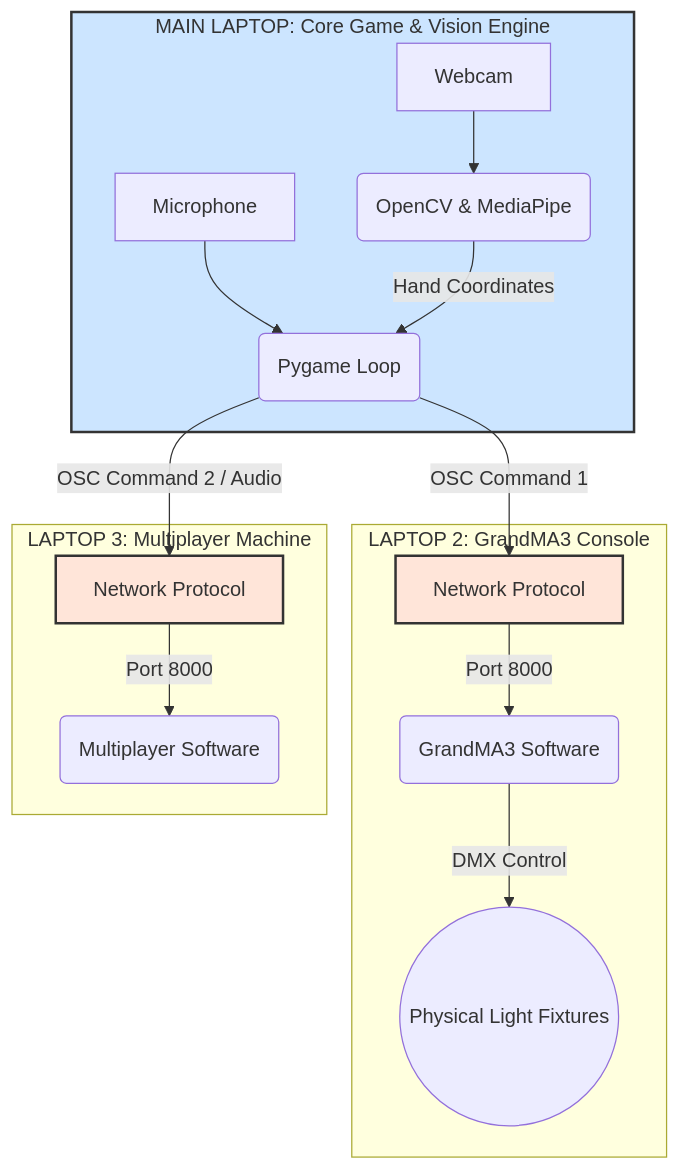
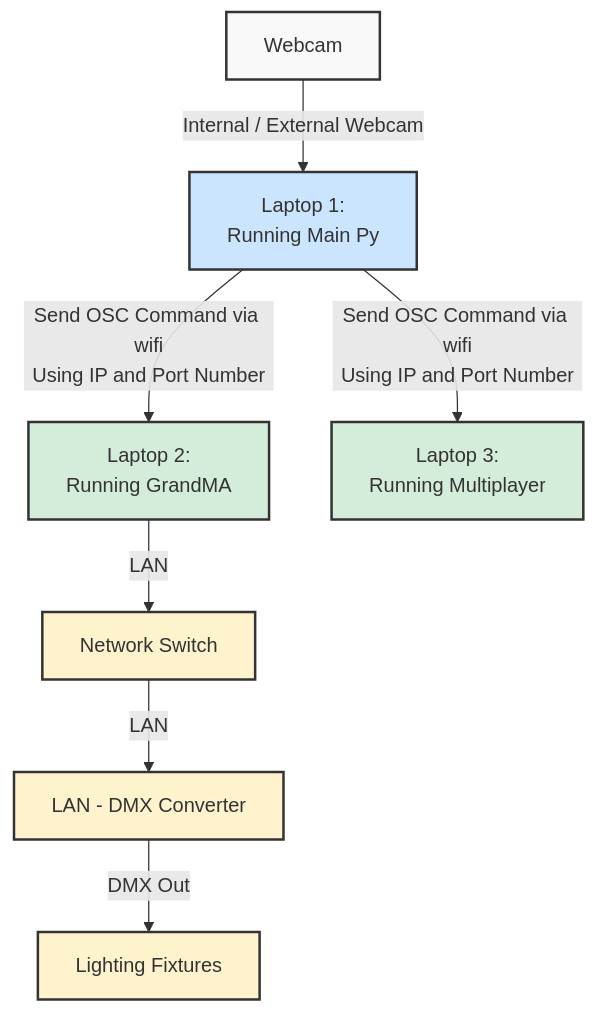
One commit to cel-esx/EGL314_TeamB changed the diagram in README.md. Above: the diagram before and after it, drawn with Mermaid.

````diff
--- a/README.md
+++ b/README.md
@@ -27,34 +27,26 @@
 ```mermaid
 graph TD
     %% Style Definitions
-    classDef mainLaptop fill:#cce5ff,stroke:#333,stroke-width:2px;
-    classDef network fill:#ffe5d9,stroke:#333,stroke-width:2px;
-    classDef external Laptop fill:#d4edda,stroke:#333,stroke-width:2px;
+    classDef inputs fill:#f9f9f9,stroke:#333,stroke-width:2px;
+    classDef master fill:#cce5ff,stroke:#333,stroke-width:2px;
+    classDef target fill:#d4edda,stroke:#333,stroke-width:2px;
+    classDef hardware fill:#fff3cd,stroke:#333,stroke-width:2px;
 
-    %% Laptop 1: The Master Controller
-    subgraph L1 [MAIN LAPTOP: Core Game & Vision Engine]
-        A[Webcam] --> B(OpenCV & MediaPipe)
-        C[Microphone] --> D(Pygame Loop)
-        B -->|Hand Coordinates| D
-    end
+    %% Main Input and Master Controller
+    A[Webcam] -->|Internal / External Webcam| B[Laptop 1:<br>Running Main Py]
 
-    %% Network Split (OSC Commands)
-    D -->|OSC Command 1| E[Network Protocol]
-    D -->|OSC Command 2 / Audio| F[Network Protocol]
+    %% Network Distribution via Wi-Fi
+    B -->|Send OSC Command via wifi<br>Using IP and Port Number| C[Laptop 2:<br>Running GrandMA]
+    B -->|Send OSC Command via wifi<br>Using IP and Port Number| D[Laptop 3:<br>Running Multiplayer]
 
-    %% Target Machine 2: Lighting
-    subgraph L2 [LAPTOP 2: GrandMA3 Console]
-        E -->|Port 8000| G(GrandMA3 Software)
-        G -->|DMX Control| H((Physical Light Fixtures))
-    end
+    %% Laptop 2 / Lighting Hardware Pipeline
+    C -->|LAN| E[Network Switch]
+    E -->|LAN| F[LAN - DMX Converter]
+    F -->|DMX Out| G[Lighting Fixtures]
 
-    %% Target Machine 3: Multiplayer Server/Client
-    subgraph L3 [LAPTOP 3: Multiplayer Machine]
-        F -->|Port 8000| I(Multiplayer Software)
-    end
-
-    %% Assign Styles
-    class L1 mainLaptop;
-    class E,F network;
-    class L2,L3 externalLaptop;
+    %% Assign Styles to Match Hardware Roles
+    class A inputs;
+    class B master;
+    class C,D target;
+    class E,F,G hardware;
 ```
````
